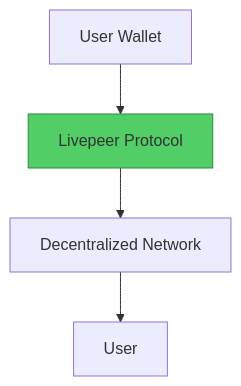
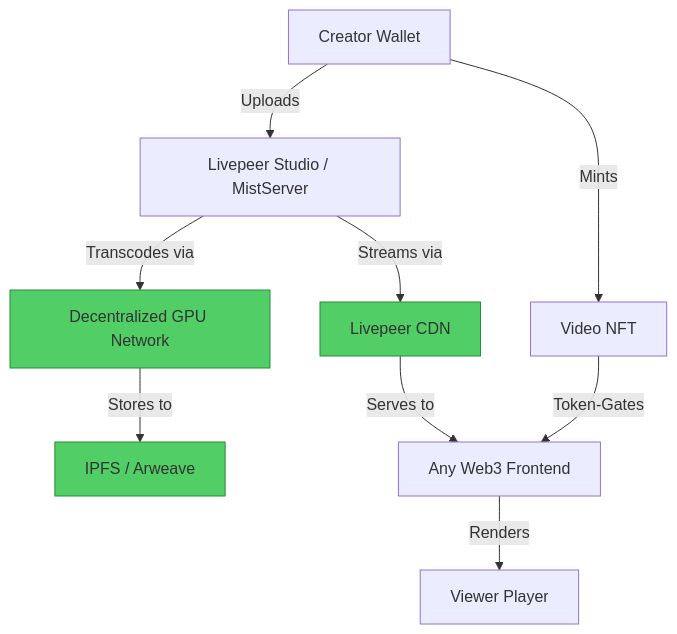
One commit to Elvatar2/Web2-To-Web3-Migration-Guide changed the second of 2 diagrams in 02-content-streaming/02-youtube-to-livepeer.md. Above: the diagram before and after it, drawn with Mermaid. The commit also changed other lines of this file, not shown here.

````diff
--- a/02-content-streaming/02-youtube-to-livepeer.md
+++ b/02-content-streaming/02-youtube-to-livepeer.md
@@ -63,8 +80,15 @@
 ```mermaid
 graph TB
-    A[User Wallet] --> B[Livepeer Protocol]
-    B --> C[Decentralized Network]
-    C --> D[User]
+    A[Creator Wallet] -->|Uploads| B[Livepeer Studio / MistServer]
+    B -->|Transcodes via| C[Decentralized GPU Network]
+    C -->|Stores to| D[IPFS / Arweave]
+    B -->|Streams via| E[Livepeer CDN]
+    E -->|Serves to| F[Any Web3 Frontend]
+    F -->|Renders| G[Viewer Player]
+    A -->|Mints| H[Video NFT]
+    H -->|Token-Gates| F
 
-    style B fill:#51cf66,stroke:#2b8a3e
+    style C fill:#51cf66,stroke:#2b8a3e
+    style D fill:#51cf66,stroke:#2b8a3e
+    style E fill:#51cf66,stroke:#2b8a3e
 ```
````
